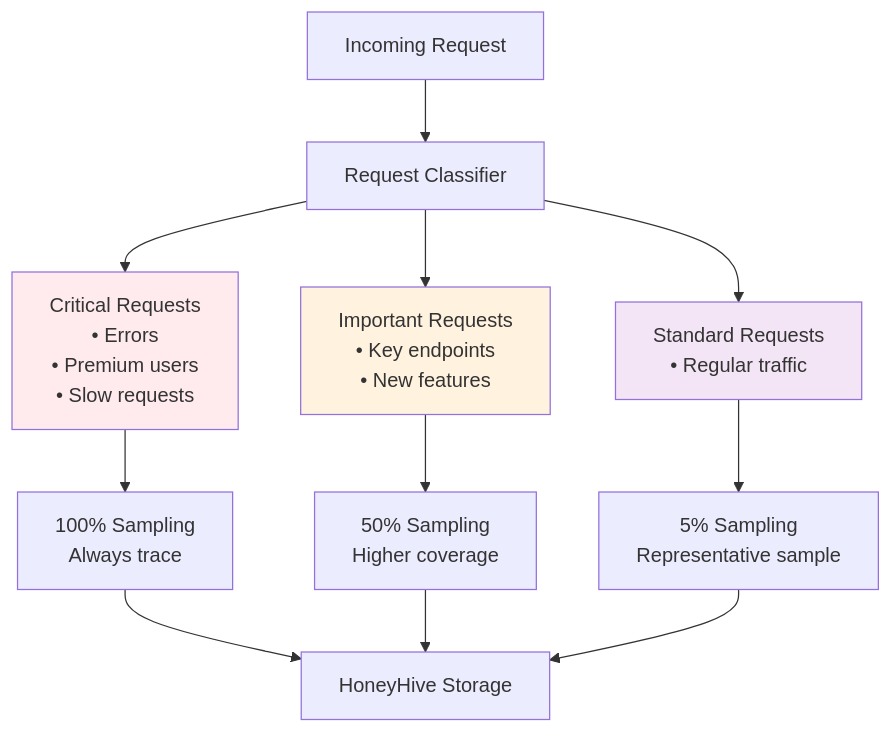
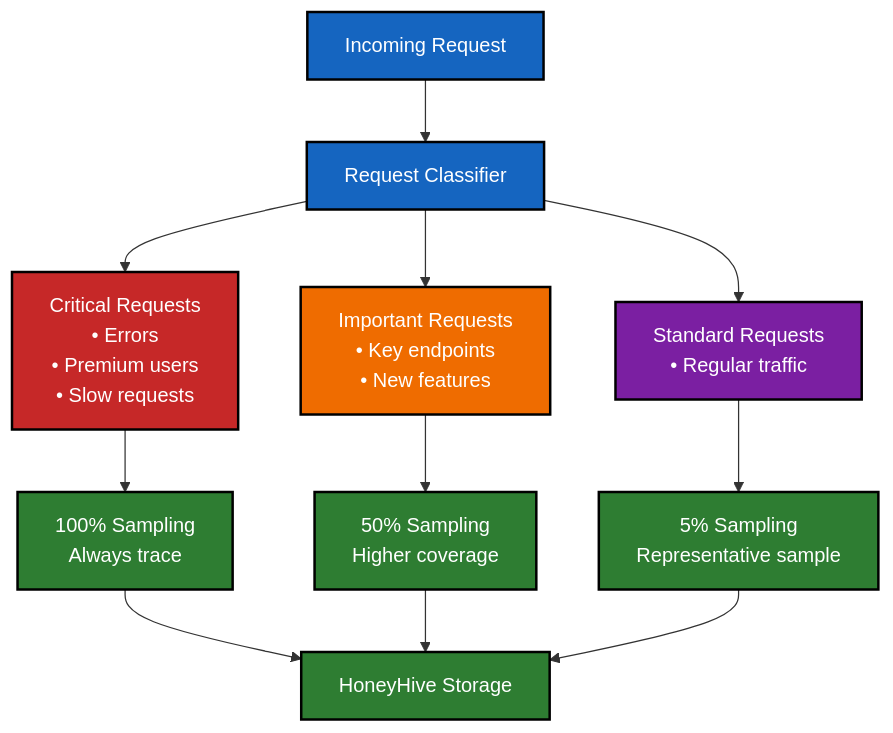
Before and after one commit to honeyhiveai/python-sdk: diagram 11 of 15 in docs/explanation/architecture/diagrams.rst, drawn with Mermaid. The commit also changed other lines of this file and 44 other files, not shown here.

```diff
--- a/docs/explanation/architecture/diagrams.rst
+++ b/docs/explanation/architecture/diagrams.rst
@@ -338,20 +394,30 @@
 .. mermaid::
+
+   %%{init: {'theme':'base', 'themeVariables': {'primaryColor': '#1565c0', 'primaryTextColor': '#ffffff', 'primaryBorderColor': '#000000', 'lineColor': '#333333', 'secondaryColor': '#2e7d32', 'tertiaryColor': '#ef6c00', 'background': 'transparent', 'mainBkg': 'transparent', 'secondBkg': 'transparent', 'nodeBkg': '#1565c0', 'nodeBorder': '#000000', 'clusterBkg': 'transparent', 'clusterBorder': '#000000', 'defaultLinkColor': '#333333', 'titleColor': '#333333', 'edgeLabelBackground': 'transparent', 'nodeTextColor': '#ffffff'}, 'flowchart': {'linkColor': '#333333', 'linkWidth': 2, 'nodeSpacing': 50, 'rankSpacing': 50}}}%%
 
    graph TD
        Request["Incoming Request"] --> Classifier["Request Classifier"]
        
        Classifier --> Critical["Critical Requests<br/>• Errors<br/>• Premium users<br/>• Slow requests"]
        Classifier --> Important["Important Requests<br/>• Key endpoints<br/>• New features"]
        Classifier --> Standard["Standard Requests<br/>• Regular traffic"]
        
        Critical --> Sample100["100% Sampling<br/>Always trace"]
        Important --> Sample50["50% Sampling<br/>Higher coverage"]
        Standard --> Sample5["5% Sampling<br/>Representative sample"]
        
        Sample100 --> Storage["HoneyHive Storage"]
        Sample50 --> Storage
        Sample5 --> Storage
        
-       style Critical fill:#ffebee
-       style Important fill:#fff3e0
-       style Standard fill:#f3e5f5
+       classDef requestClass fill:#1565c0,stroke:#000000,stroke-width:2px,color:#ffffff
+       classDef criticalClass fill:#c62828,stroke:#000000,stroke-width:2px,color:#ffffff
+       classDef importantClass fill:#ef6c00,stroke:#000000,stroke-width:2px,color:#ffffff
+       classDef standardClass fill:#7b1fa2,stroke:#000000,stroke-width:2px,color:#ffffff
+       classDef samplingClass fill:#2e7d32,stroke:#000000,stroke-width:2px,color:#ffffff
+       
+       class Request,Classifier requestClass
+       class Critical criticalClass
+       class Important importantClass
+       class Standard standardClass
+       class Sample100,Sample50,Sample5,Storage samplingClass
```
